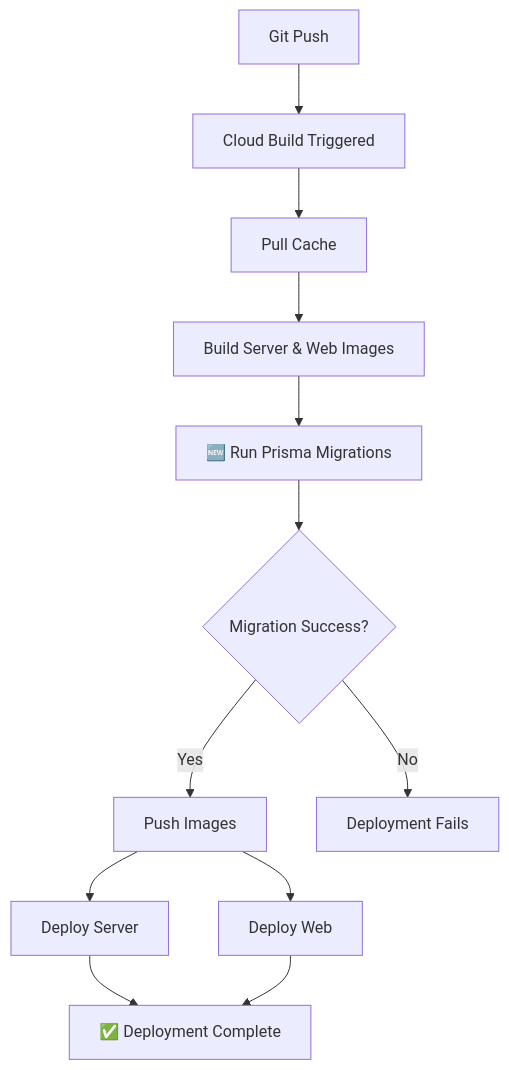
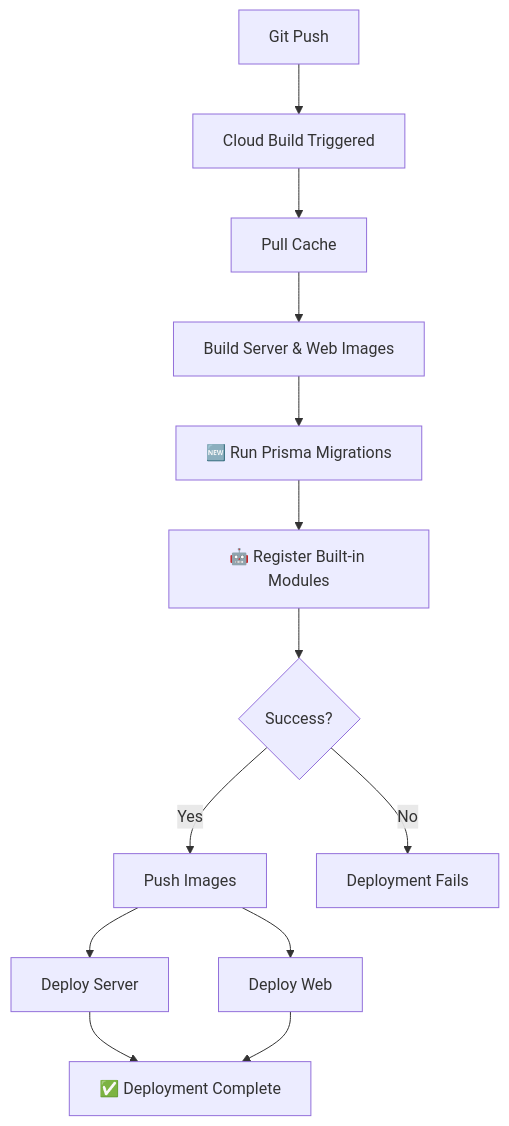
The diagram in DEPLOYMENT_GUIDE.md (ADTrauts/Vssyl), drawn with Mermaid before and after one commit. The commit also changed other lines of this file and 26 other files, not shown here.

````diff
--- a/DEPLOYMENT_GUIDE.md
+++ b/DEPLOYMENT_GUIDE.md
@@ -41,14 +42,15 @@
 ```mermaid
 graph TD
     A[Git Push] --> B[Cloud Build Triggered]
     B --> C[Pull Cache]
     C --> D[Build Server & Web Images]
     D --> E[🆕 Run Prisma Migrations]
-    E --> F{Migration Success?}
-    F -->|Yes| G[Push Images]
-    F -->|No| H[Deployment Fails]
-    G --> I[Deploy Server]
-    G --> J[Deploy Web]
-    I --> K[✅ Deployment Complete]
-    J --> K
+    E --> F[🤖 Register Built-in Modules]
+    F --> G{Success?}
+    G -->|Yes| H[Push Images]
+    G -->|No| I[Deployment Fails]
+    H --> J[Deploy Server]
+    H --> K[Deploy Web]
+    J --> L[✅ Deployment Complete]
+    K --> L
 ```
````
